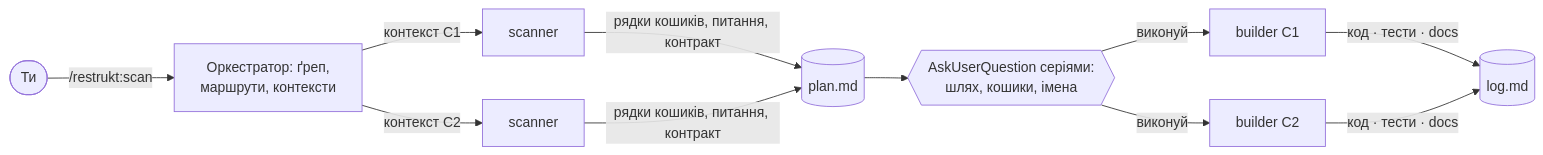
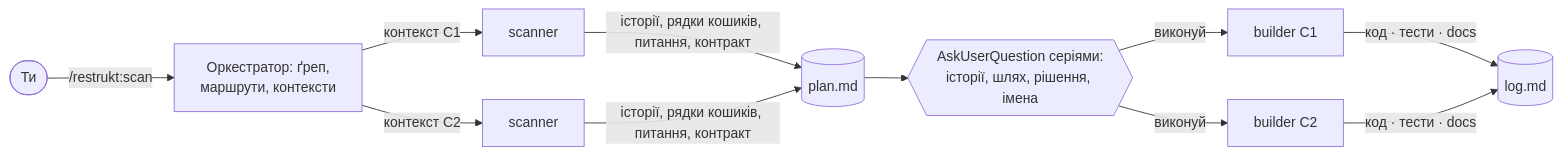
The second of 3 diagrams in README.md (romxnb/restrukt), drawn with Mermaid before and after one commit. The commit also changed other lines of this file and 15 other files, not shown here.

Commit message:
Звірка історії з кодом: крок несе зараз → стане, кошики як види розбіжності, контексти з історій, DoD, драбина Белші, антипатерни Арнаудової, mermaid у плані; Codex-шар

````diff
--- a/README.md
+++ b/README.md
@@ -21,11 +22,11 @@
 ```mermaid
 flowchart LR
   U([Ти]) -->|/restrukt:scan| O[Оркестратор: ґреп,<br/>маршрути, контексти]
   O -->|контекст C1| S1[scanner]
   O -->|контекст C2| S2[scanner]
-  S1 & S2 -->|рядки кошиків, питання, контракт| P[(plan.md)]
-  P --> QA{{AskUserQuestion серіями:<br/>шлях, кошики, імена}}
+  S1 & S2 -->|історії, рядки кошиків, питання, контракт| P[(plan.md)]
+  P --> QA{{AskUserQuestion серіями:<br/>історії, шлях, рішення, імена}}
   QA -->|виконуй| B1[builder C1]
   QA -->|виконуй| B2[builder C2]
   B1 & B2 -->|код · тести · docs| L[(log.md)]
 ```
````
